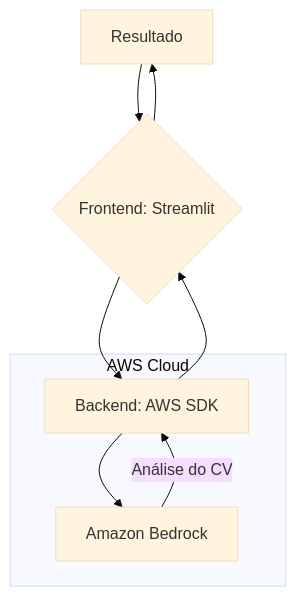
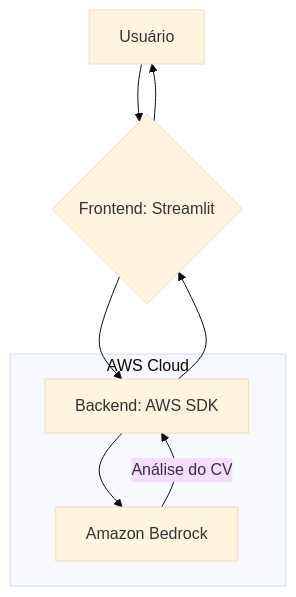
The diagram in README.md (luccapinto/amazonify-cv), drawn with Mermaid (base theme) before and after one commit. The commit also changed other lines of this file, not shown here.

````diff
--- a/README.md
+++ b/README.md
@@ -14,13 +14,13 @@
 ```mermaid
 graph TD
     A[Usuário] --> B{Frontend: Streamlit};
     B --> C[Backend: AWS SDK];
     
     subgraph "AWS Cloud"
         C --> D[Amazon Bedrock];
         D -- Análise do CV --> C;
     end
 
     C --> B;
-    B --> A[Resultado];
+    B --> A[Usuário];
 ```
````
